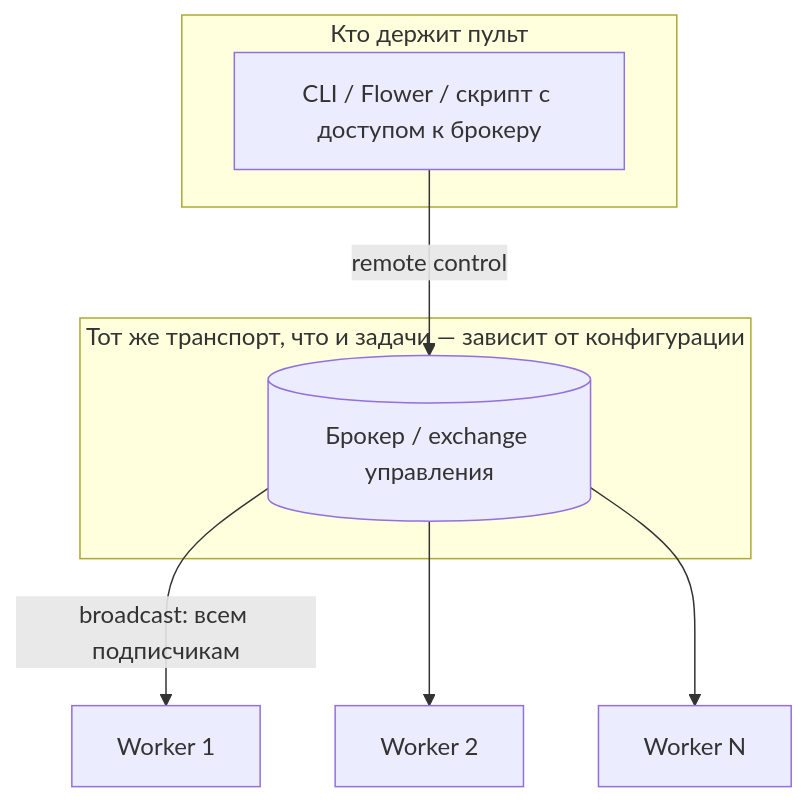
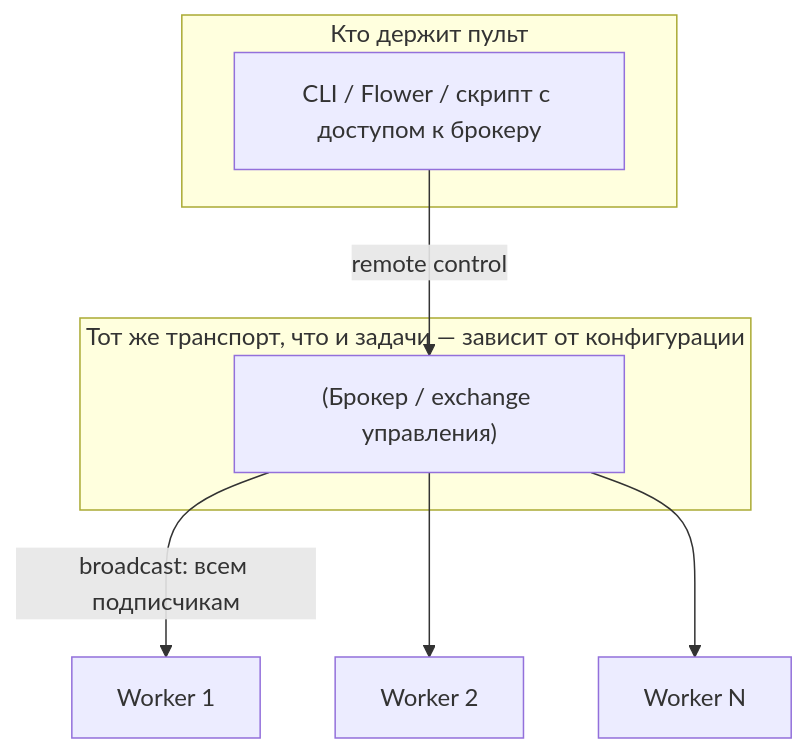
One commit to DDoSKudya/ai-study-atlas changed the third of 3 diagrams in directions/services/celery/pact/17_bezopasnost_celery/10_17_17_1_poverkhnost_ataki_celery_kontura.md. Above: the diagram before and after it, drawn with Mermaid. The commit also changed other lines of this file and 322 other files, not shown here.

Commit message:
fix(docs): make mermaid diagrams GitHub-compatible across directions content

````diff
--- a/directions/services/celery/pact/17_bezopasnost_celery/10_17_17_1_poverkhnost_ataki_celery_kontura.md
+++ b/directions/services/celery/pact/17_bezopasnost_celery/10_17_17_1_poverkhnost_ataki_celery_kontura.md
@@ -420,13 +420,13 @@
 ```mermaid
 flowchart TB
   subgraph threat["Кто держит пульт"]
-    OP[CLI / Flower / скрипт с доступом к брокеру]
+    OP["CLI / Flower / скрипт с доступом к брокеру"]
   end
   subgraph transport["Тот же транспорт, что и задачи — зависит от конфигурации"]
-    BR[(Брокер / exchange управления)]
+    BR["(Брокер / exchange управления)"]
   end
   OP -->|remote control| BR
-  BR -->|broadcast: всем подписчикам| W1[Worker 1]
-  BR --> W2[Worker 2]
-  BR --> W3[Worker N]
+  BR -->|broadcast: всем подписчикам| W1["Worker 1"]
+  BR --> W2["Worker 2"]
+  BR --> W3["Worker N"]
 ```
````
